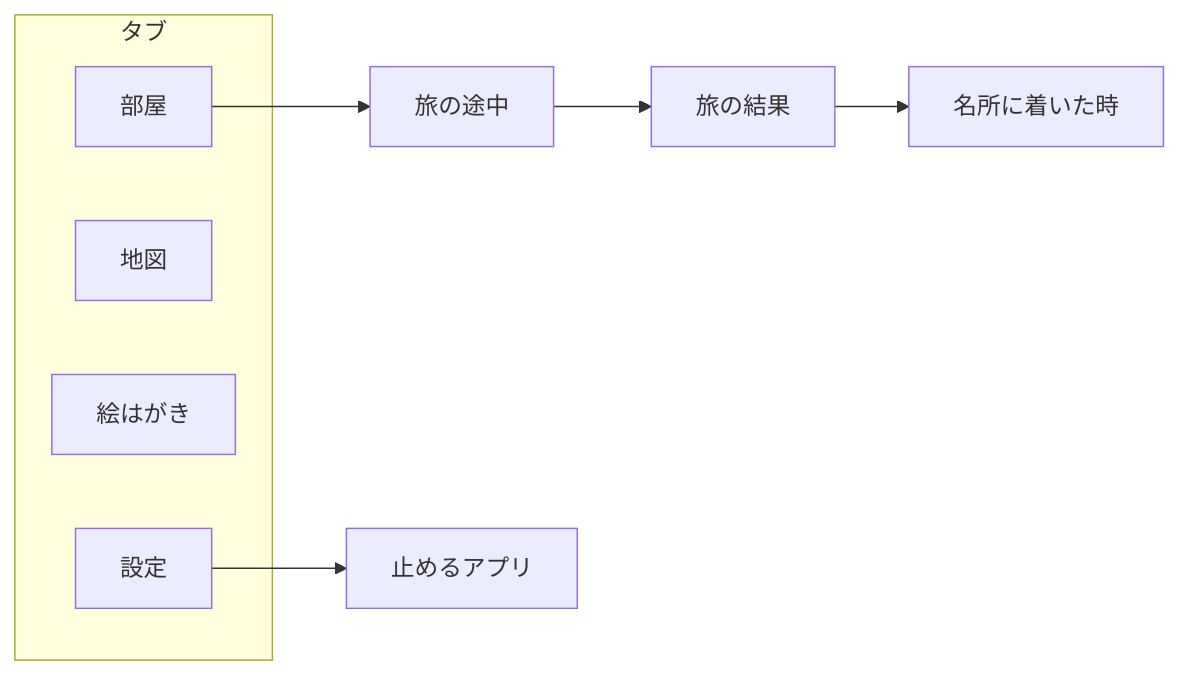
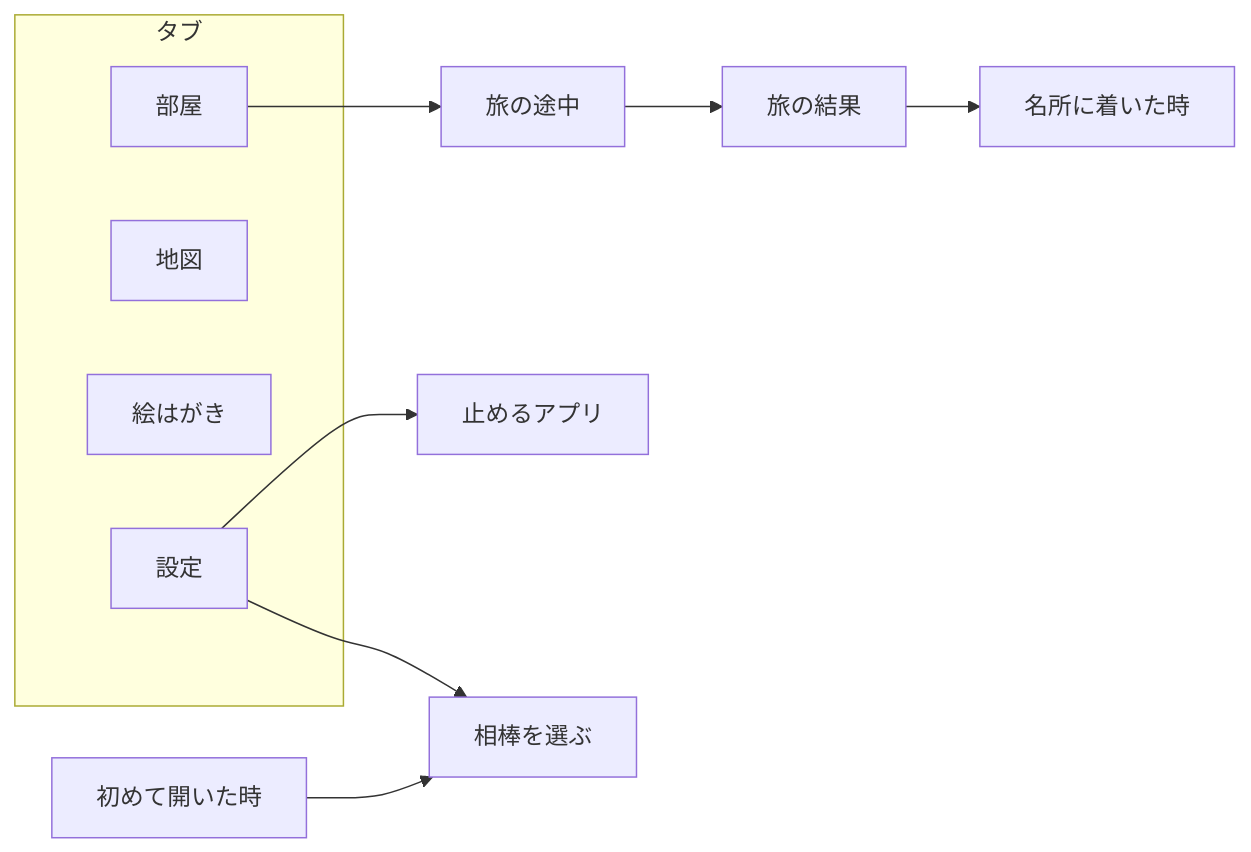
Before and after one commit to yossibank/unscroll: the diagram in docs/roadmap.md, drawn with Mermaid. The commit also changed other lines of this file and 23 other files, not shown here.

````diff
--- a/docs/roadmap.md
+++ b/docs/roadmap.md
@@ -37,13 +37,15 @@
 ```mermaid
 flowchart LR
+    first["初めて開いた時"] --> companion["相棒を選ぶ"]
     subgraph tabs["タブ"]
         room["部屋"]
         map["地図"]
         album["絵はがき"]
         set["設定"]
     end
     room --> trip["旅の途中"]
     trip --> result["旅の結果"]
     result --> arrive["名所に着いた時"]
     set --> pick["止めるアプリ"]
+    set --> companion
 ```
````
